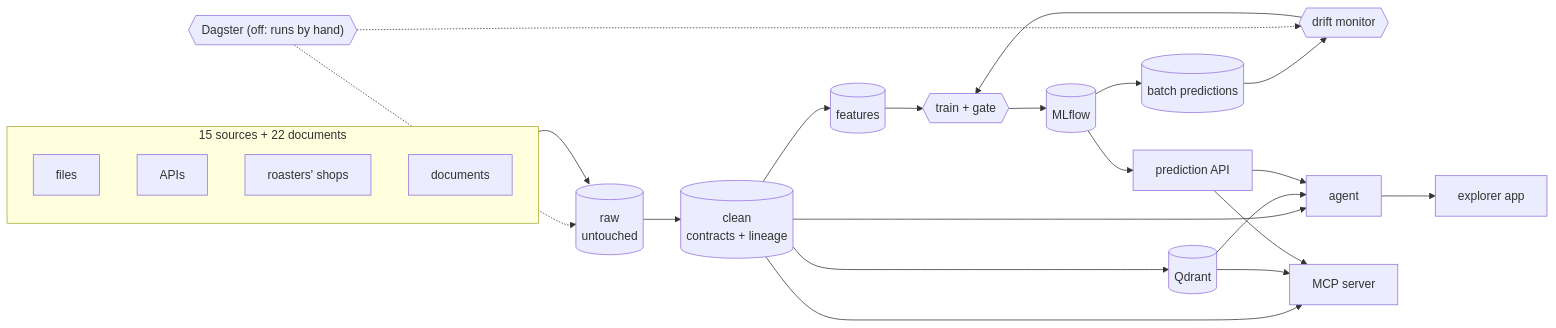
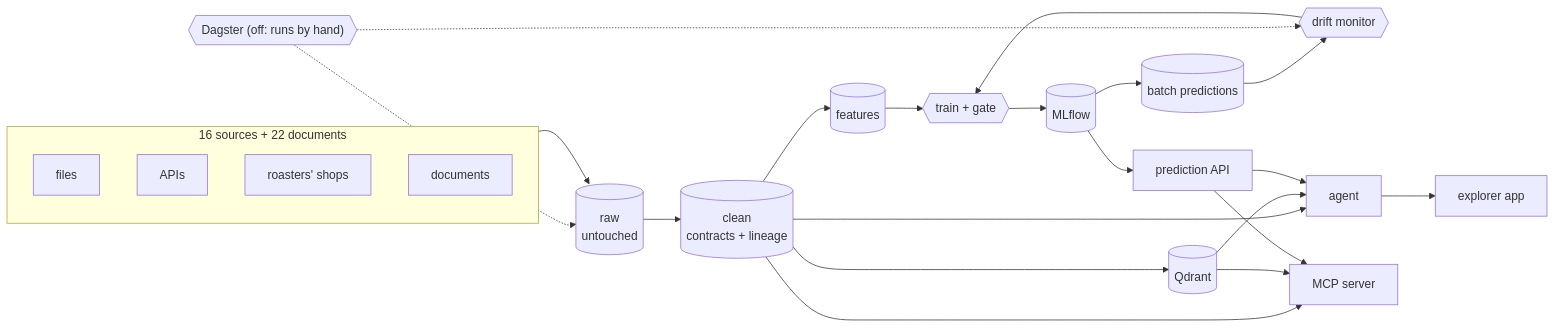
The diagram in README.md (AlanMLCH/coffee_mlops), drawn with Mermaid before and after one commit. The commit also changed other lines of this file and 20 other files, not shown here.

````diff
--- a/README.md
+++ b/README.md
@@ -98,30 +100,30 @@
 ```mermaid
 flowchart LR
-    subgraph SOURCES["15 sources + 22 documents"]
+    subgraph SOURCES["16 sources + 22 documents"]
         files["files"]
         apis["APIs"]
         shops["roasters' shops"]
         documents["documents"]
     end
     raw[("raw<br/>untouched")]
     clean[("clean<br/>contracts + lineage")]
     features[("features")]
     gate{{"train + gate"}}
     mlflow[("MLflow")]
     predictions[("batch predictions")]
     api["prediction API"]
     monitor{{"drift monitor"}}
     qdrant[("Qdrant")]
     agent["agent"]
     mcp["MCP server"]
     explorer["explorer app"]
     dagster{{"Dagster (off: runs by hand)"}}
 
     SOURCES --> raw --> clean --> features --> gate --> mlflow
     mlflow --> api & predictions
     predictions --> monitor --> gate
     clean --> qdrant
     clean & qdrant & api --> agent --> explorer
     clean & qdrant & api --> mcp
     dagster -.-> raw & monitor
 ```
````
